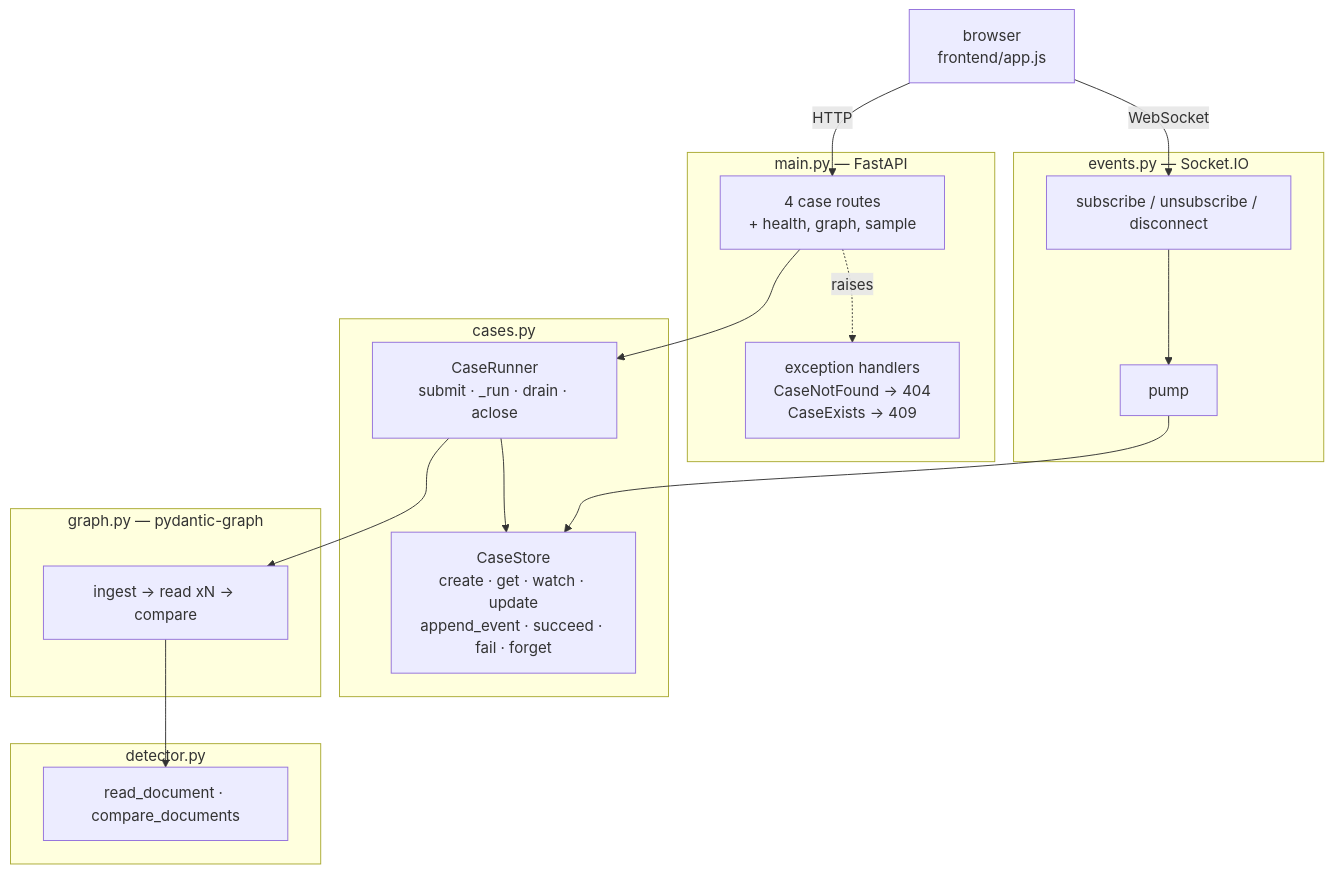
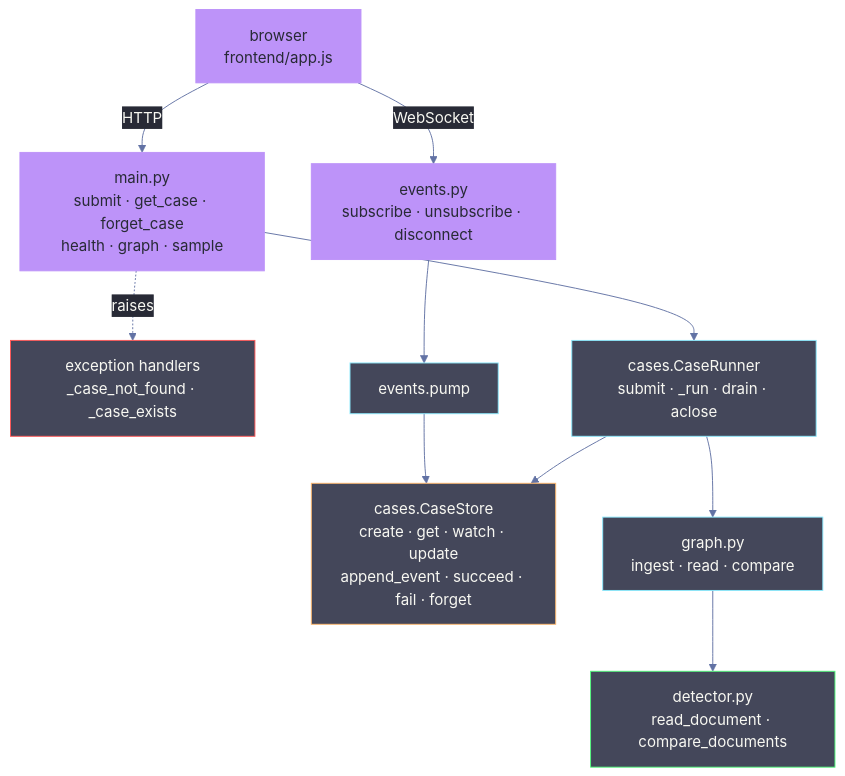
The first of 39 diagrams in API_FLOW.md (selvakumarperumal/tfd_prototype), drawn with Mermaid before and after one commit. The commit also changed other lines of this file, not shown here.

Commit message:
Update API flow documentation

````diff
--- a/API_FLOW.md
+++ b/API_FLOW.md
@@ -38,37 +67,35 @@
 ```mermaid
+%%{init:{'theme':'base','themeVariables':{'darkMode':true,'background':'#282a36','mainBkg':'#44475a','primaryColor':'#44475a','primaryTextColor':'#f8f8f2','primaryBorderColor':'#bd93f9','lineColor':'#6272a4','textColor':'#f8f8f2','nodeBorder':'#bd93f9','clusterBkg':'#21222c','clusterBorder':'#6272a4','edgeLabelBackground':'#282a36','actorBkg':'#44475a','actorBorder':'#bd93f9','actorTextColor':'#f8f8f2','actorLineColor':'#6272a4','signalColor':'#f8f8f2','signalTextColor':'#f8f8f2','noteBkgColor':'#414458','noteBorderColor':'#ffb86c','noteTextColor':'#f8f8f2','activationBkgColor':'#6272a4','activationBorderColor':'#bd93f9','labelBoxBkgColor':'#44475a','labelBoxBorderColor':'#bd93f9','labelTextColor':'#f8f8f2','loopTextColor':'#f8f8f2','sequenceNumberColor':'#282a36'}}}%%
 flowchart TD
-    browser["browser<br/>frontend/app.js"]
+    Client["browser<br/>frontend/app.js"]
+    Routes["main.py<br/>submit · get_case · forget_case<br/>health · graph · sample"]
+    Handlers["exception handlers<br/>_case_not_found · _case_exists"]
+    Sock["events.py<br/>subscribe · unsubscribe · disconnect"]
+    Pump["events.pump"]
+    Runner["cases.CaseRunner<br/>submit · _run · drain · aclose"]
+    Store["cases.CaseStore<br/>create · get · watch · update<br/>append_event · succeed · fail · forget"]
+    Graph["graph.py<br/>ingest · read · compare"]
+    Detect["detector.py<br/>read_document · compare_documents"]
 
-    subgraph api["main.py — FastAPI"]
-        routes["4 case routes<br/>+ health, graph, sample"]
-        handlers["exception handlers<br/>CaseNotFound → 404<br/>CaseExists → 409"]
-    end
+    Client -->|HTTP| Routes
+    Client -->|WebSocket| Sock
+    Routes --> Runner
+    Routes -.->|raises| Handlers
+    Sock --> Pump
+    Pump --> Store
+    Runner --> Store
+    Runner --> Graph
+    Graph --> Detect
 
-    subgraph sock["events.py — Socket.IO"]
-        subscribe_h["subscribe / unsubscribe / disconnect"]
-        pump_f["pump"]
-    end
+    class Client,Routes,Sock entry
+    class Runner,Pump,Graph fn
+    class Store state
+    class Detect leaf
+    class Handlers bad
 
-    subgraph run["cases.py"]
-        runner["CaseRunner<br/>submit · _run · drain · aclose"]
-        store["CaseStore<br/>create · get · watch · update<br/>append_event · succeed · fail · forget"]
-    end
-
-    subgraph pipeline["graph.py — pydantic-graph"]
-        steps["ingest → read xN → compare"]
-    end
-
-    subgraph logic["detector.py"]
-        det["read_document · compare_documents"]
-    end
-
-    browser -->|HTTP| routes
-    browser -->|WebSocket| subscribe_h
-    routes --> runner
-    routes -.->|raises| handlers
-    subscribe_h --> pump_f
-    pump_f --> store
-    runner --> store
-    runner --> steps
-    steps --> det
+    classDef entry fill:#bd93f9,stroke:#bd93f9,color:#282a36
+    classDef fn fill:#44475a,stroke:#8be9fd,color:#f8f8f2
+    classDef state fill:#44475a,stroke:#ffb86c,color:#f8f8f2
+    classDef leaf fill:#44475a,stroke:#50fa7b,color:#f8f8f2
+    classDef bad fill:#44475a,stroke:#ff5555,color:#f8f8f2
 ```
````
